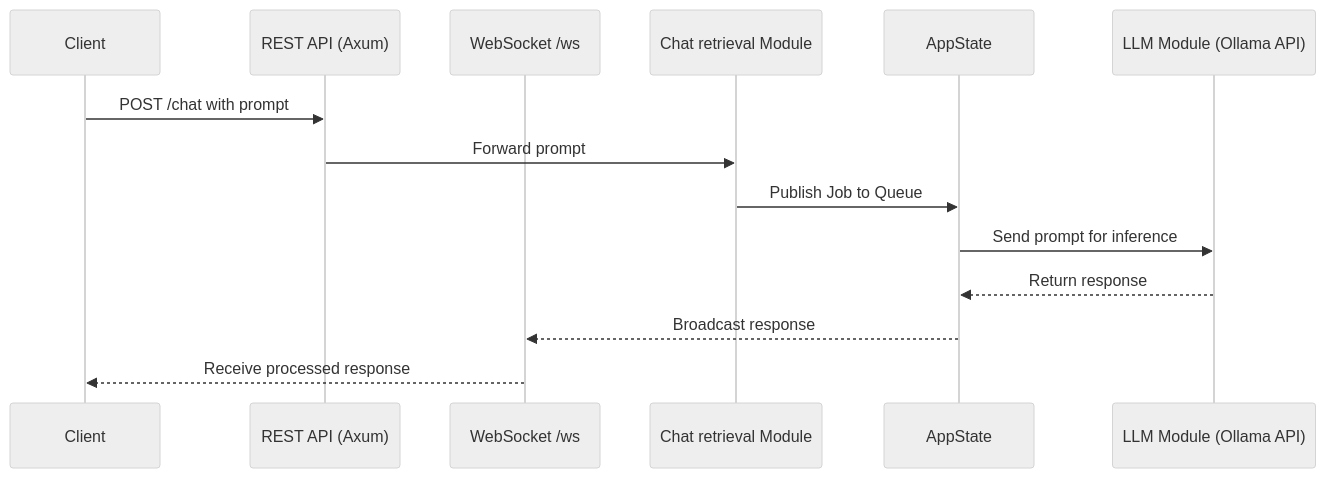
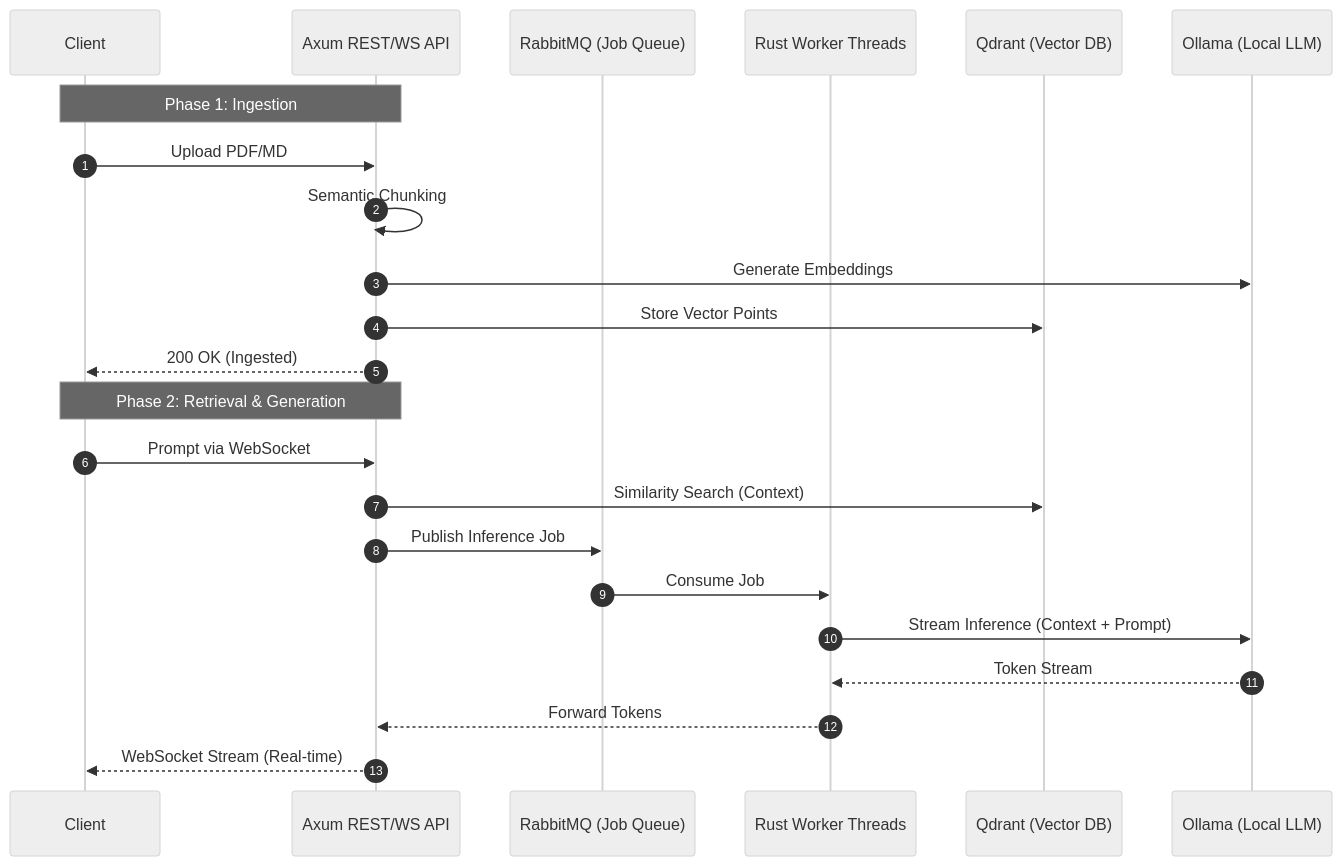
Before and after one commit to thenameisvicky/rust-server: the diagram in README.md, drawn with Mermaid (neutral theme). The commit also changed other lines of this file and 2 other files, not shown here.

````diff
--- a/README.md
+++ b/README.md
@@ -7,17 +20,27 @@
 ```mermaid
 sequenceDiagram
+    autonumber
     participant Client
-    participant REST_API as REST API (Axum)
-    participant WS as WebSocket /ws
-    participant Chat as Chat retrieval Module
-    participant AppState
-    participant LLM as LLM Module (Ollama API)
+    participant API as Axum REST/WS API
+    participant Queue as RabbitMQ (Job Queue)
+    participant Worker as Rust Worker Threads
+    participant VectorDB as Qdrant (Vector DB)
+    participant LLM as Ollama (Local LLM)
 
-    Client->>REST_API: POST /chat with prompt
-    REST_API->>Chat: Forward prompt
-    Chat->>AppState: Publish Job to Queue
-    AppState->>LLM: Send prompt for inference
-    LLM-->>AppState: Return response
-    AppState-->>WS: Broadcast response
-    WS-->>Client: Receive processed response
+    Note over Client, API: Phase 1: Ingestion
+    Client->>API: Upload PDF/MD
+    API->>API: Semantic Chunking
+    API->>LLM: Generate Embeddings
+    API->>VectorDB: Store Vector Points
+    API-->>Client: 200 OK (Ingested)
+
+    Note over Client, API: Phase 2: Retrieval & Generation
+    Client->>API: Prompt via WebSocket
+    API->>VectorDB: Similarity Search (Context)
+    API->>Queue: Publish Inference Job
+    Queue->>Worker: Consume Job
+    Worker->>LLM: Stream Inference (Context + Prompt)
+    LLM-->>Worker: Token Stream
+    Worker-->>API: Forward Tokens
+    API-->>Client: WebSocket Stream (Real-time)
 ```
````
